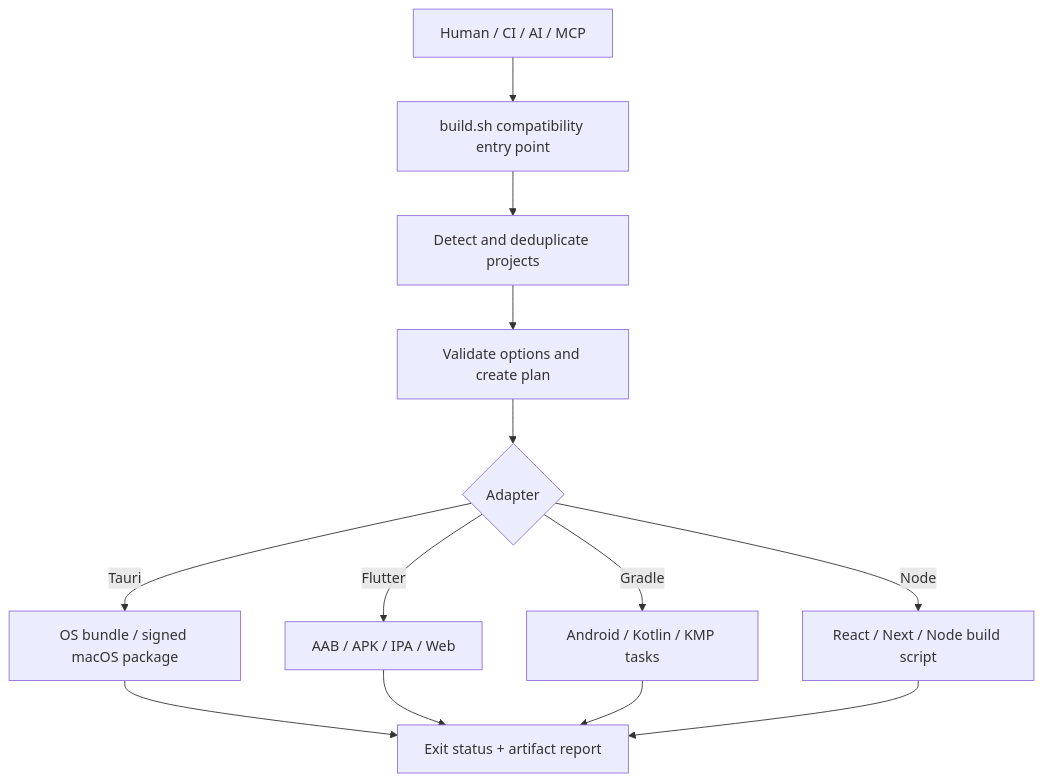
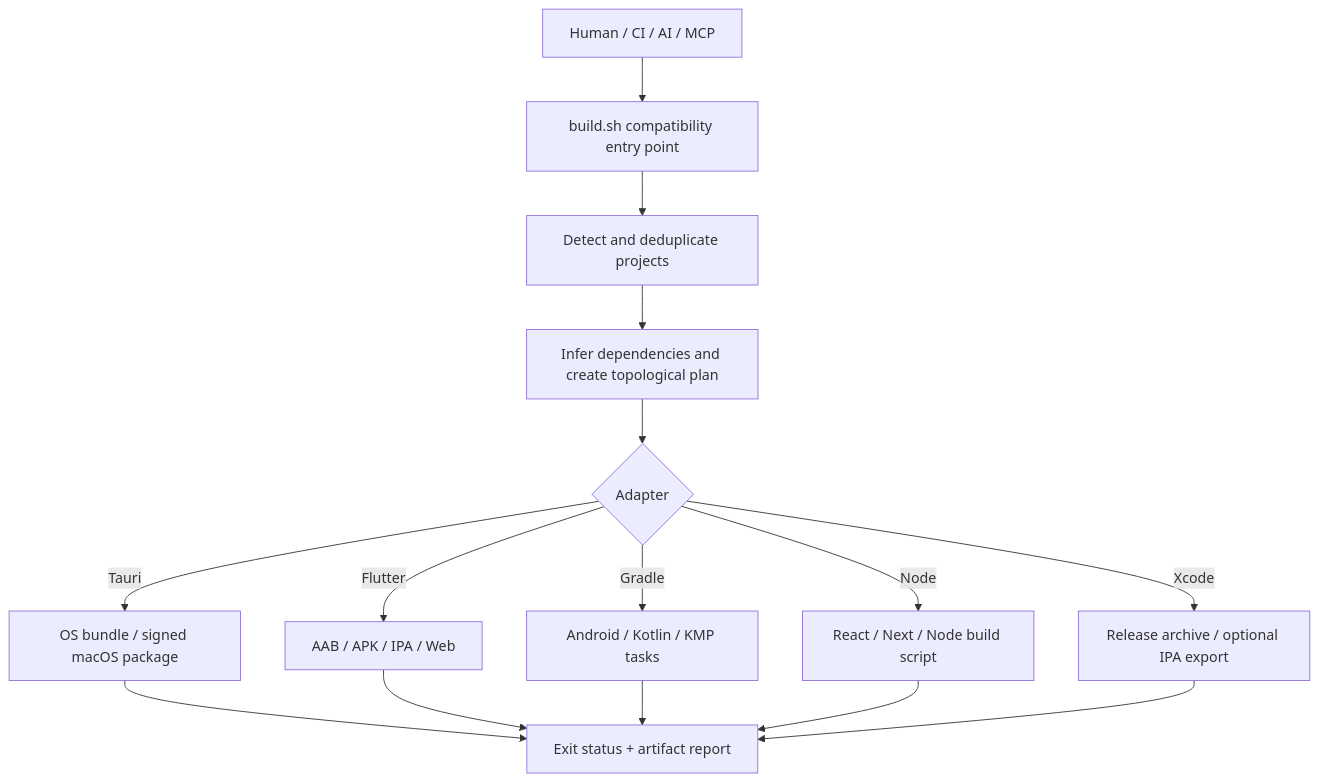
Before and after one commit to kimdzhekhon/Universal-Build-Script: the first of 9 diagrams in README.en.md, drawn with Mermaid. The commit also changed other lines of this file and 20 other files, not shown here.

Commit message:
feat: complete build orchestration roadmap

````diff
--- a/README.en.md
+++ b/README.en.md
@@ -70,15 +71,17 @@
 ```mermaid
 flowchart TD
     U["Human / CI / AI / MCP"] --> B["build.sh compatibility entry point"]
     B --> D["Detect and deduplicate projects"]
-    D --> P["Validate options and create plan"]
+    D --> P["Infer dependencies and create topological plan"]
     P --> A{"Adapter"}
     A -->|"Tauri"| T["OS bundle / signed macOS package"]
     A -->|"Flutter"| F["AAB / APK / IPA / Web"]
     A -->|"Gradle"| G["Android / Kotlin / KMP tasks"]
     A -->|"Node"| N["React / Next / Node build script"]
+    A -->|"Xcode"| X["Release archive / optional IPA export"]
     T --> R["Exit status + artifact report"]
     F --> R
     G --> R
     N --> R
+    X --> R
 ```
````
